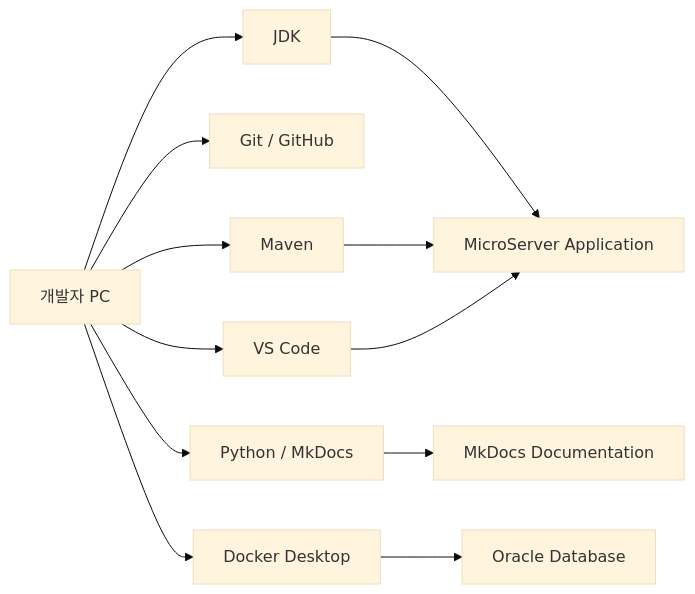
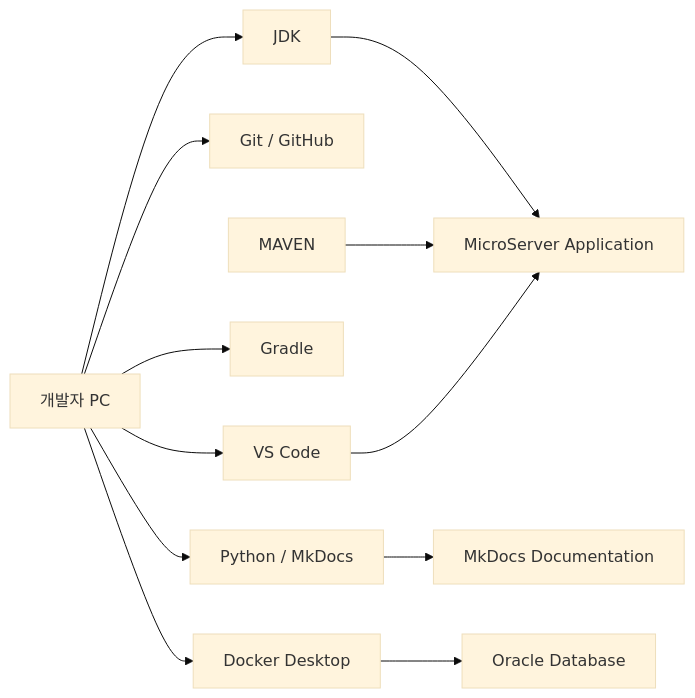
One commit to Team-Microserver/microserver-docs changed the first of 3 diagrams in docs/01_project_start/02_environment/development_device.md. Above: the diagram before and after it, drawn with Mermaid (base theme). The commit also changed other lines of this file and 30 other files, not shown here.

````diff
--- a/docs/01_project_start/02_environment/development_device.md
+++ b/docs/01_project_start/02_environment/development_device.md
@@ -25,15 +25,15 @@
 ```mermaid
 flowchart LR
     DEV[개발자 PC] --> VSCODE[VS Code]
     DEV --> GIT[Git / GitHub]
     DEV --> JDK[JDK]
-    DEV --> MAVEN[Maven]
+    DEV --> GRADLE[Gradle]
     DEV --> PYTHON[Python / MkDocs]
     DEV --> DOCKER[Docker Desktop]
 
     DOCKER --> ORACLE[Oracle Database]
     JDK --> APP[MicroServer Application]
     MAVEN --> APP
     VSCODE --> APP
     PYTHON --> DOCS[MkDocs Documentation]
 ```
````
